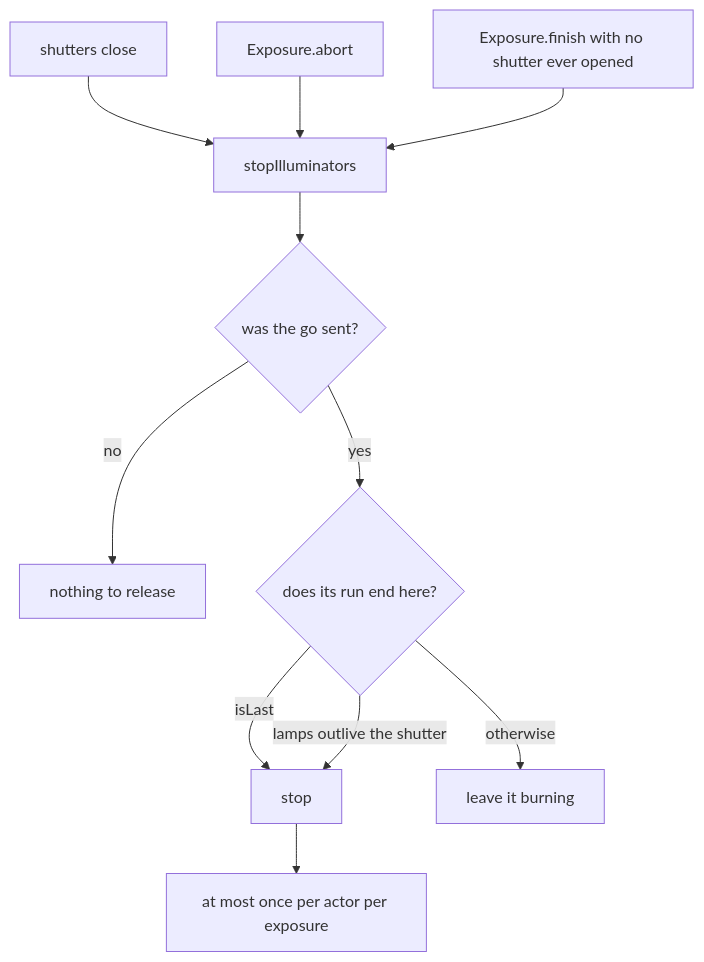
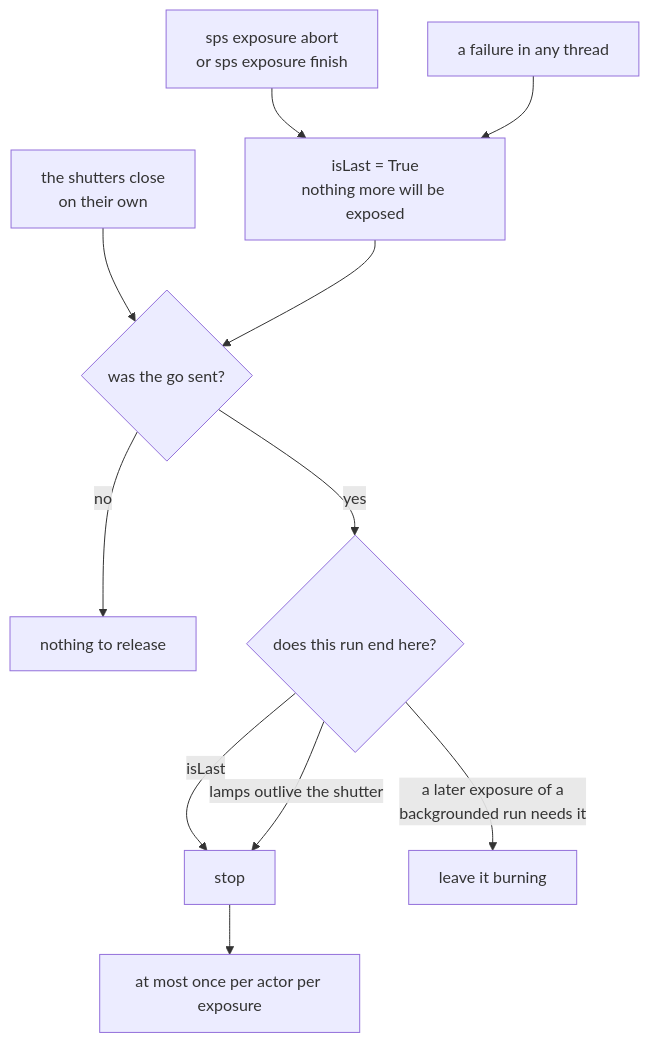
Before and after one commit to Subaru-PFS/ics_spsActor: the seventh of 7 diagrams in docs/exposureWorkflow.md, drawn with Mermaid. The commit also changed other lines of this file and 3 other files, not shown here.

````diff
--- a/docs/exposureWorkflow.md
+++ b/docs/exposureWorkflow.md
@@ -286,16 +286,16 @@
 ```mermaid
 flowchart TD
-    A["shutters close"] --> S["stopIlluminators"]
-    B["Exposure.abort"] --> S
-    C["Exposure.finish with no shutter ever opened"] --> S
+    Close["the shutters close<br/>on their own"] --> Q1
+    Ext["sps exposure abort<br/>or sps exposure finish"] --> Force
+    Fail["a failure in any thread"] --> Force
+    Force["isLast = True<br/>nothing more will be exposed"] --> Q1
 
-    S --> Q{"was the go sent?"}
-    Q -->|"no"| Skip["nothing to release"]
-    Q -->|"yes"| W{"does its run end here?"}
+    Q1{"was the go sent?"} -->|"no"| Skip["nothing to release"]
+    Q1 -->|"yes"| Q2{"does this run end here?"}
 
-    W -->|"isLast"| Send["stop"]
-    W -->|"lamps outlive the shutter"| Send
-    W -->|"otherwise"| Wait["leave it burning"]
+    Q2 -->|"isLast"| Send["stop"]
+    Q2 -->|"lamps outlive the shutter"| Send
+    Q2 -->|"a later exposure of a<br/>backgrounded run needs it"| Keep["leave it burning"]
 
     Send --> Latch["at most once per actor per exposure"]
 ```
````
